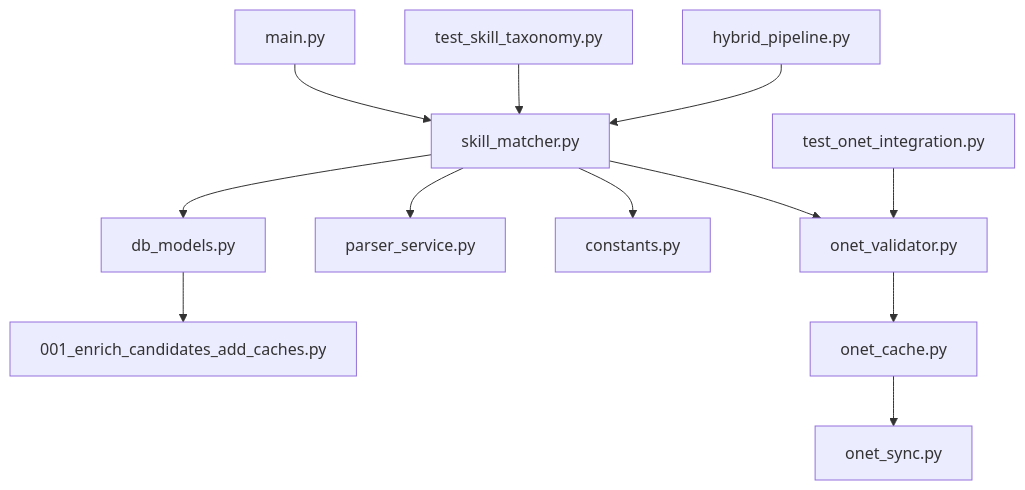
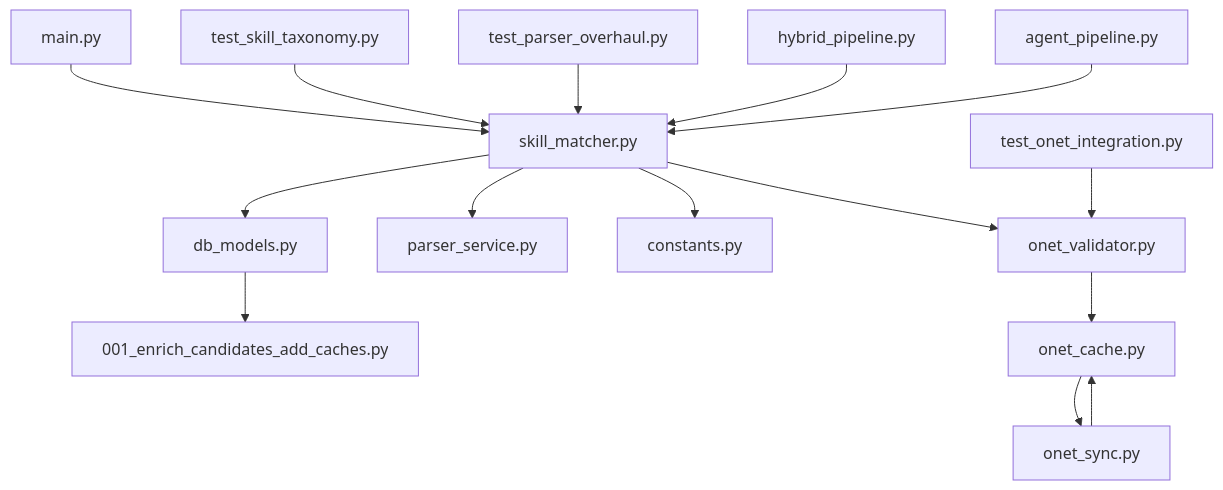
Before and after one commit to Revanththetalogics/aireume: the eighth of 8 diagrams in .qoder/repowiki/en/content/Advanced Topics/Skills Registry Extension.md, drawn with Mermaid. The commit also changed other lines of this file and 41 other files, not shown here.

````diff
--- a/.qoder/repowiki/en/content/Advanced Topics/Skills Registry Extension.md
+++ b/.qoder/repowiki/en/content/Advanced Topics/Skills Registry Extension.md
@@ -630,14 +972,17 @@
 ```mermaid
 graph TB
 SM["skill_matcher.py"] --> DBM["db_models.py"]
 SM --> PS["parser_service.py"]
 SM --> CONST["constants.py"]
 SM --> OV["onet_validator.py"]
 MAIN["main.py"] --> SM
 DBM --> MIG["001_enrich_candidates_add_caches.py"]
 TST["test_skill_taxonomy.py"] --> SM
+TOP["test_parser_overhaul.py"] --> SM
 OTST["test_onet_integration.py"] --> OV
 HP["hybrid_pipeline.py"] --> SM
+AP["agent_pipeline.py"] --> SM
 OC["onet_cache.py"] --> OS["onet_sync.py"]
 OV --> OC
+OS --> OC
 ```
````
